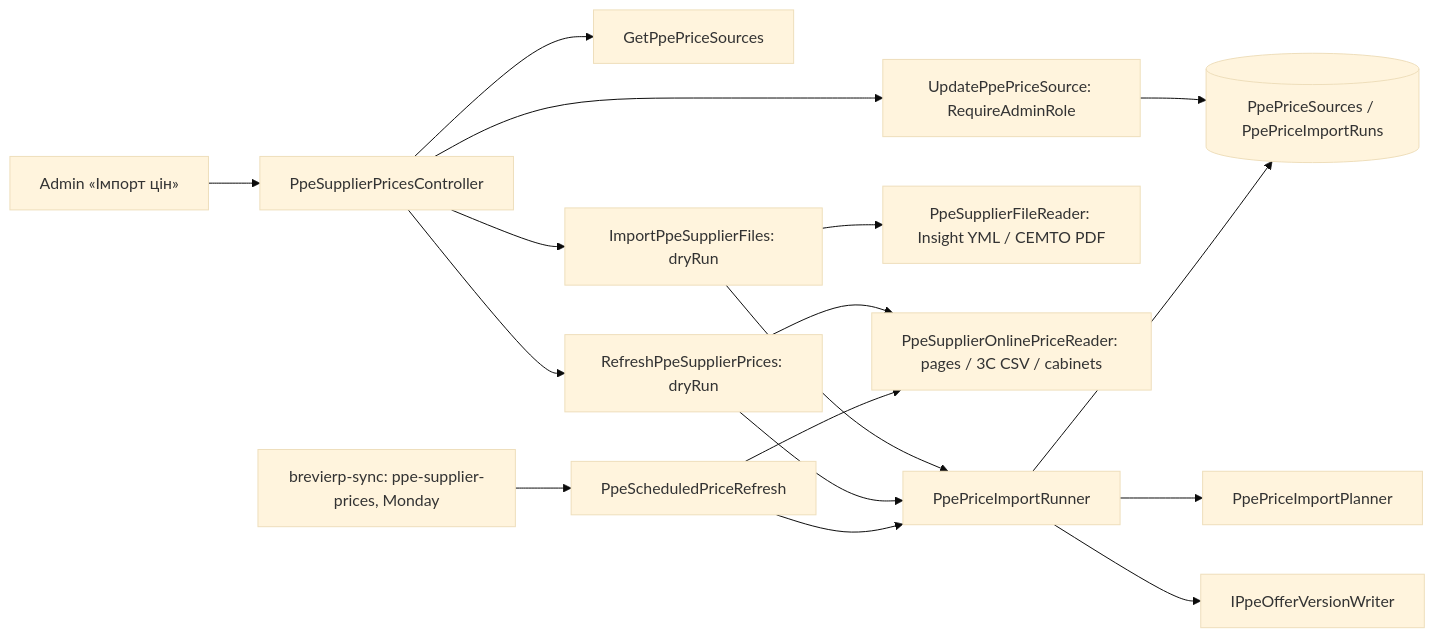
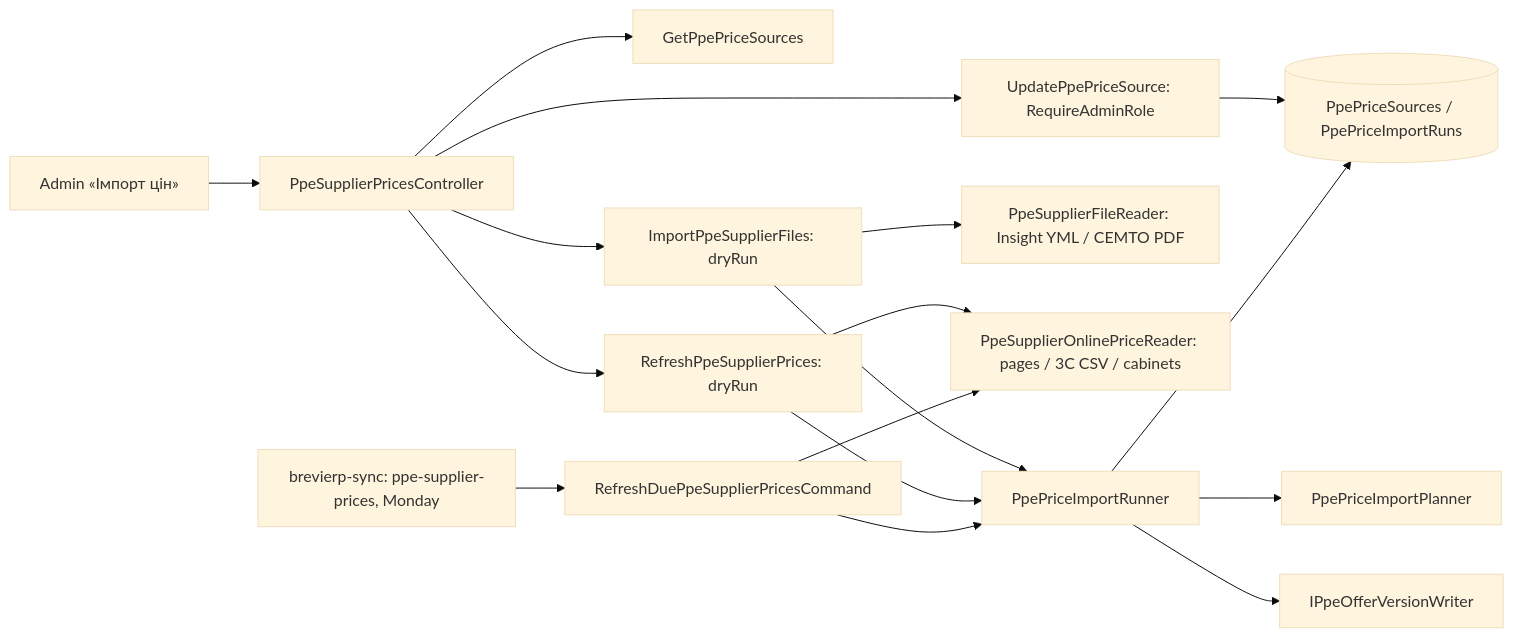
One commit to Weretik/BreviERP changed the diagram in docs/sdd/features/catalog/ppe-supplier-prices.md. Above: the diagram before and after it, drawn with Mermaid (base theme). The commit also changed other lines of this file and 42 other files, not shown here.

````diff
--- a/docs/sdd/features/catalog/ppe-supplier-prices.md
+++ b/docs/sdd/features/catalog/ppe-supplier-prices.md
@@ -7,19 +7,19 @@
 ```mermaid
 flowchart LR
   Admin[Admin «Імпорт цін»] --> API[PpeSupplierPricesController]
   API --> List[GetPpePriceSources]
   API --> Settings[UpdatePpePriceSource: RequireAdminRole]
   API --> Import[ImportPpeSupplierFiles: dryRun]
   API --> Refresh[RefreshPpeSupplierPrices: dryRun]
-  Job[brevierp-sync: ppe-supplier-prices, Monday] --> Scheduled[PpeScheduledPriceRefresh]
+  Job[brevierp-sync: ppe-supplier-prices, Monday] --> Scheduled[RefreshDuePpeSupplierPricesCommand]
   Import --> Reader[PpeSupplierFileReader: Insight YML / СЕМТО PDF]
   Refresh --> Online[PpeSupplierOnlinePriceReader: pages / 3C CSV / cabinets]
   Scheduled --> Online
   Import --> Runner[PpePriceImportRunner]
   Refresh --> Runner
   Scheduled --> Runner
   Runner --> Planner[PpePriceImportPlanner]
   Runner --> Offers[IPpeOfferVersionWriter]
   Settings --> Store[(PpePriceSources / PpePriceImportRuns)]
   Runner --> Store
 ```
````
